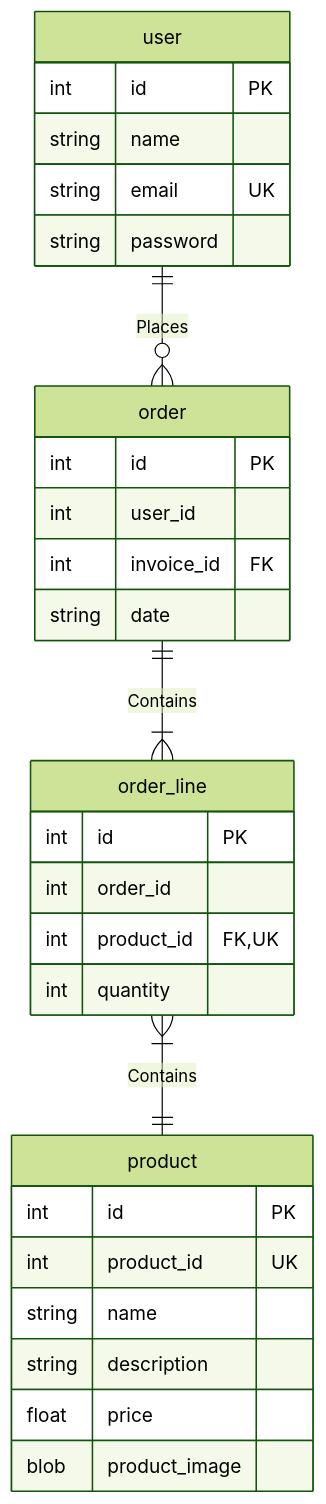
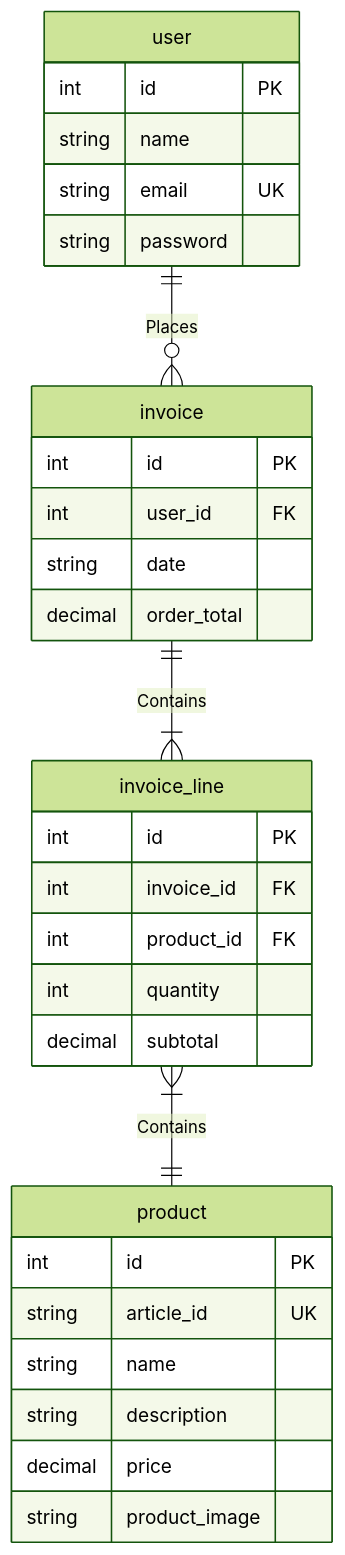
The diagram in Diagrams/ERD.md (frankkruidhofeducom/educom-webshop-database-1726752626), drawn with Mermaid (forest theme) before and after one commit.

Commit message:
ERD aangepast #3
- naam order naar invoice veranderd ivm database regels
- datatypes aangepast

````diff
--- a/Diagrams/ERD.md
+++ b/Diagrams/ERD.md
@@ -1,36 +1,37 @@
 ```mermaid
 erDiagram
-    user ||--o{ order : Places
+    user ||--o{ invoice : Places
     user {
         int    id        PK
         string name
         string email     UK
         string password
     }
     
-    order ||--|{ order_line : Contains
-    order {
+    invoice ||--|{ invoice_line : Contains
+    invoice {
         int    id                PK
-        int    user_id           
-        int    invoice_id        FK
-        string date   
+        int    user_id           FK
+        string date
+        decimal order_total 
     }
 
-    order_line }|--|| product : Contains
-    order_line {
-        int    id          PK
-        int    order_id    
-        int    product_id  FK, UK
-        int    quantity
+    invoice_line }|--|| product : Contains
+    invoice_line {
+        int        id            PK
+        int        invoice_id    FK
+        int        product_id    FK
+        int        quantity
+        decimal    subtotal 
 }
 
     product {
-        int    id            PK
-        int    product_id    UK
-        string name
-        string description
-        float  price
-        blob   product_image
+        int     id            PK
+        string  article_id    UK
+        string  name
+        string  description
+        decimal price
+        string  product_image
     }
         
 ```
````
